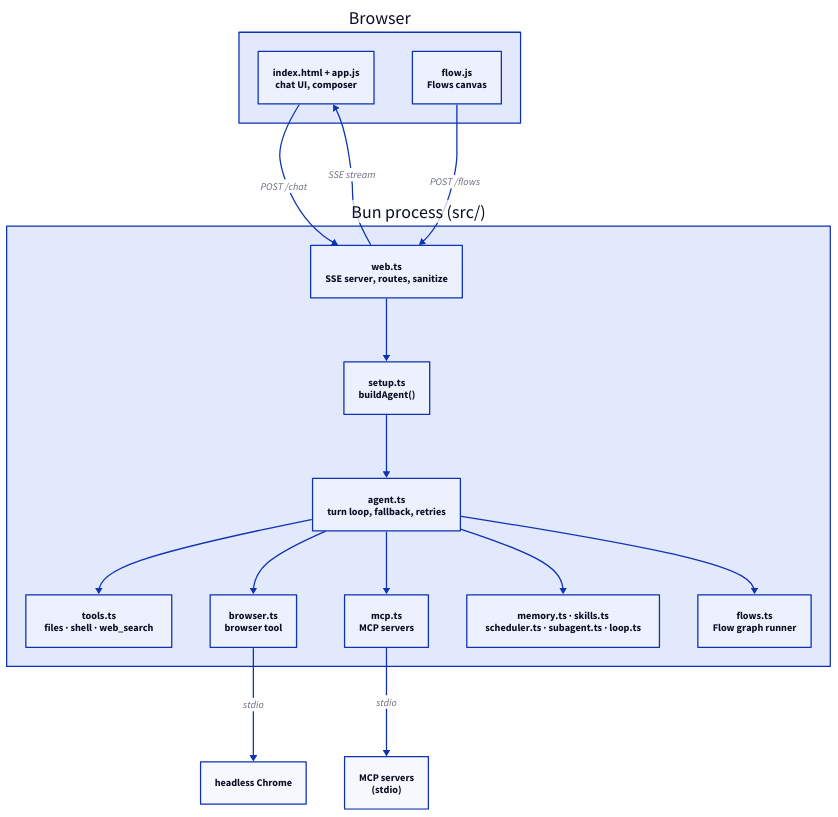
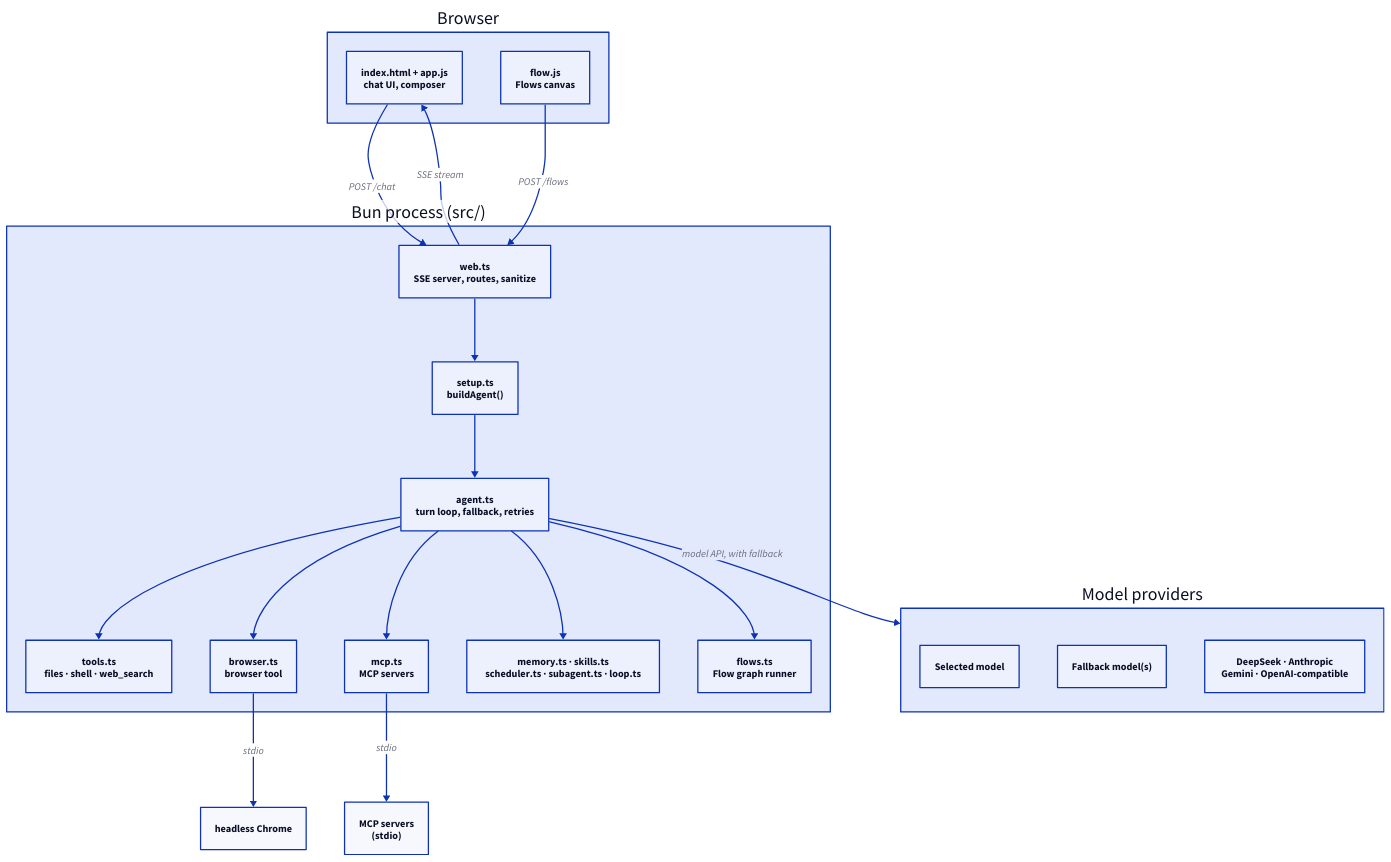
Before and after one commit to Adhishtanaka/adhd: the diagram in docs/architecture.d2, drawn with D2. The commit also changed 1 other file, not shown here.

Commit message:
docs: add model providers to architecture diagram

```diff
--- a/docs/architecture.d2
+++ b/docs/architecture.d2
@@ -1,40 +1,48 @@
 client: Browser {
   shape: rectangle
   ui: "index.html + app.js\nchat UI, composer"
   flow: "flow.js\nFlows canvas"
 }
 
 server: Bun process (src/) {
   shape: rectangle
   web: "web.ts\nSSE server, routes, sanitize"
   setup: "setup.ts\nbuildAgent()"
   agent: "agent.ts\nturn loop, fallback, retries"
   tools: "tools.ts\nfiles · shell · web_search"
   browser: "browser.ts\nbrowser tool"
   flows: "flows.ts\nFlow graph runner"
   mcp: "mcp.ts\nMCP servers"
   extra: "memory.ts · skills.ts\nscheduler.ts · subagent.ts · loop.ts"
 }
 
 mcp_servers: MCP servers\n(stdio) {
   shape: rectangle
 }
 
 chrome: headless Chrome {
   shape: rectangle
 }
 
+models: Model providers {
+  shape: rectangle
+  selected: "Selected model"
+  fallback: "Fallback model(s)"
+  compatible: "DeepSeek · Anthropic\nGemini · OpenAI-compatible"
+}
+
 client.ui -> server.web: "POST /chat"
 client.flow -> server.web: "POST /flows"
 server.web -> client.ui: "SSE stream"
 
 server.web -> server.setup
 server.setup -> server.agent
 server.agent -> server.tools
 server.agent -> server.browser
 server.agent -> server.mcp
 server.agent -> server.extra
 server.agent -> server.flows
 
 server.mcp -> mcp_servers: "stdio"
 server.browser -> chrome: "stdio"
+server.agent -> models: "model API, with fallback"
```
